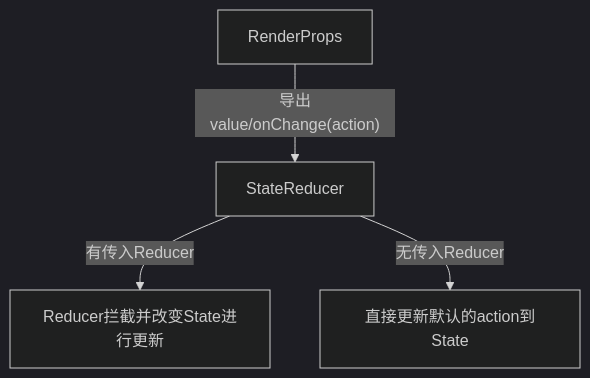
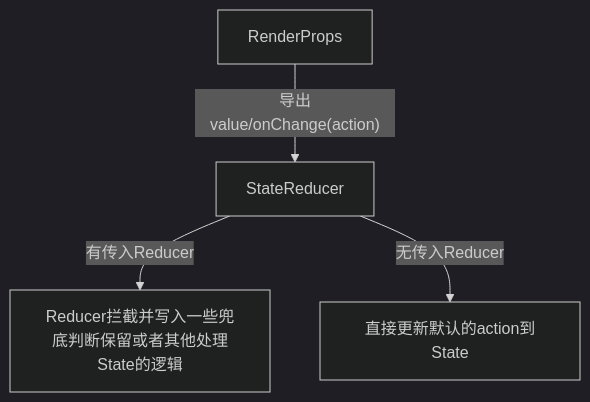
One commit to liquidGo/Basic_Konwledge_Extension changed the diagram in 09_REACT/[⭐⭐⭐⭐⭐]-React设计模式.md. Above: the diagram before and after it, drawn with Mermaid (dark theme). The commit also changed other lines of this file, not shown here.

````diff
--- a/09_REACT/[⭐⭐⭐⭐⭐]-React设计模式.md
+++ b/09_REACT/[⭐⭐⭐⭐⭐]-React设计模式.md
@@ -17,6 +17,6 @@
     ```mermaid
     flowchart TB
       RenderProps--导出value/onChange(action)-->1[StateReducer]
-      1--有传入Reducer-->Reducer拦截并改变State进行更新
+      1--有传入Reducer-->Reducer拦截并写入一些兜底判断保留或者其他处理State的逻辑
       1--无传入Reducer-->直接更新默认的action到State
     ```
````
